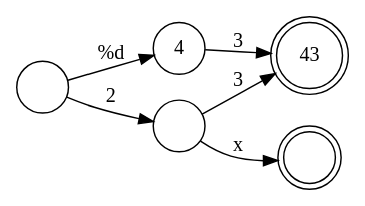
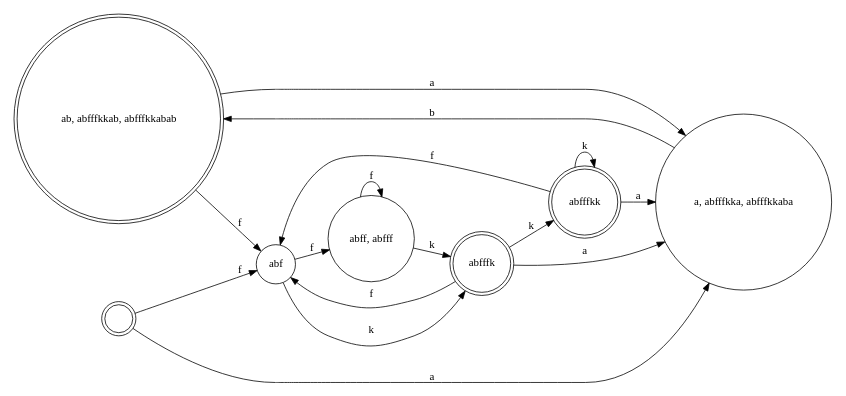
One commit to leegao/LuaInLua changed the diagram in test.dot. Above: the diagram before and after it, drawn with Graphviz. The commit also changed 3 other files, not shown here.

```diff
--- a/test.dot
+++ b/test.dot
@@ -1,16 +1,28 @@
 digraph {
   rankdir=LR;
   size="8,5"
-  node[shape=doublecircle,label=""]; 3 4;
+  node[shape=doublecircle,label=""]; 3 6 1 5;
   node[shape=circle,label=""];
- 4[label=""];
+ 4[label="abf"];
  1[label=""];
- 5[label="4"];
- 2[label=""];
- 3[label="43"];
-  1 -> 2[label="2"];
-  1 -> 5[label="%d"];
-  5 -> 3[label="3"];
-  2 -> 3[label="3"];
-  2 -> 4[label="x"];
+ 5[label="abfffk"];
+ 2[label="a, abfffkka, abfffkkaba"];
+ 6[label="abfffkk"];
+ 7[label="abff, abfff"];
+ 3[label="ab, abfffkkab, abfffkkabab"];
+  4 -> 7[label="f"];
+  4 -> 5[label="k"];
+  1 -> 2[label="a"];
+  1 -> 4[label="f"];
+  5 -> 4[label="f"];
+  5 -> 6[label="k"];
+  5 -> 2[label="a"];
+  2 -> 3[label="b"];
+  6 -> 4[label="f"];
+  6 -> 6[label="k"];
+  6 -> 2[label="a"];
+  7 -> 7[label="f"];
+  7 -> 5[label="k"];
+  3 -> 2[label="a"];
+  3 -> 4[label="f"];
 }
```
